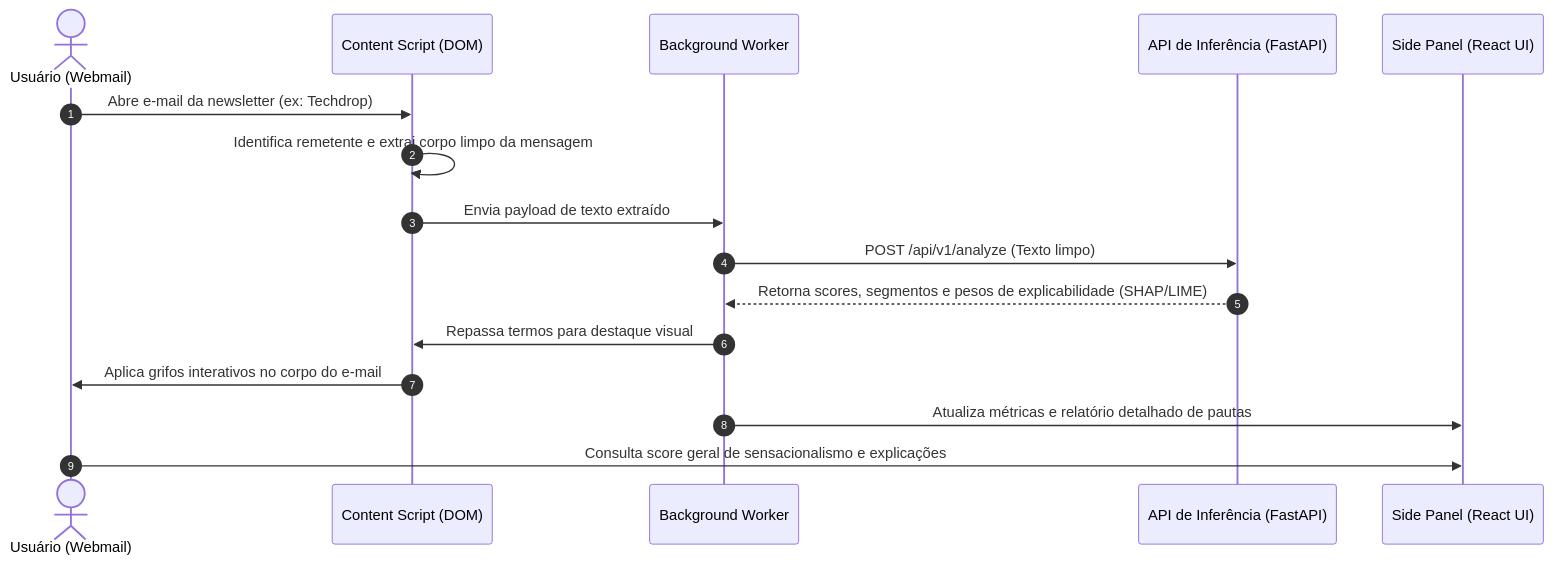
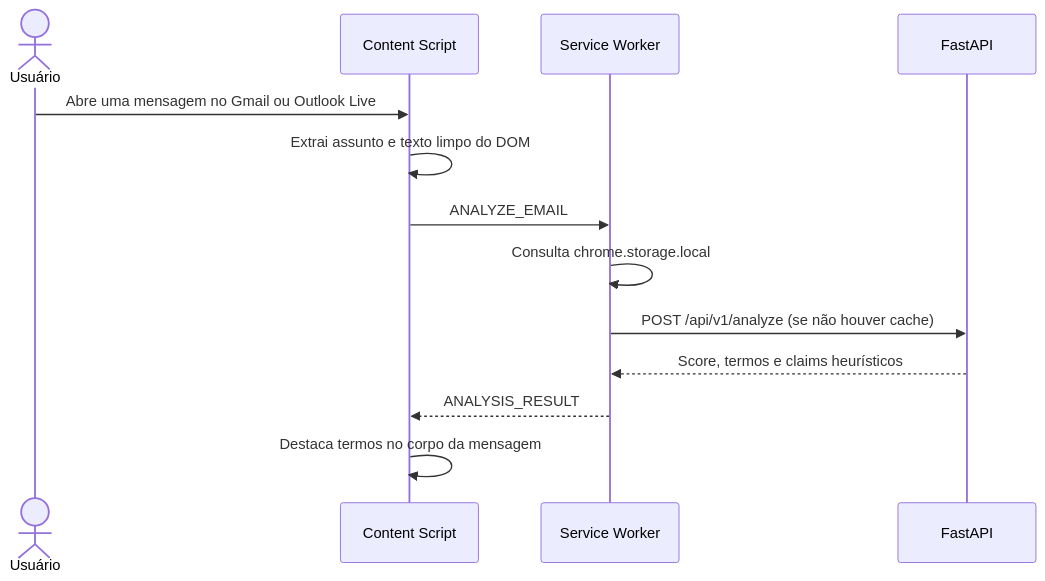
Before and after one commit to unb-Sistemas-de-Machine-learning/challenge_1_inimigos_do_prompt: the diagram in website/src/content/docs/arquitetura.md, drawn with Mermaid. The commit also changed other lines of this file and 8 other files, not shown here.

````diff
--- a/website/src/content/docs/arquitetura.md
+++ b/website/src/content/docs/arquitetura.md
@@ -13,19 +9,16 @@
 ```mermaid
 sequenceDiagram
-    autonumber
-    actor User as Usuário (Webmail)
-    participant CS as Content Script (DOM)
-    participant BG as Background Worker
-    participant API as API de Inferência (FastAPI)
-    participant SP as Side Panel (React UI)
+    actor User as Usuário
+    participant CS as Content Script
+    participant SW as Service Worker
+    participant API as FastAPI
 
-    User->>CS: Abre e-mail da newsletter (ex: Techdrop)
-    CS->>CS: Identifica remetente e extrai corpo limpo da mensagem
-    CS->>BG: Envia payload de texto extraído
-    BG->>API: POST /api/v1/analyze (Texto limpo)
-    API-->>BG: Retorna scores, segmentos e pesos de explicabilidade (SHAP/LIME)
-    BG->>CS: Repassa termos para destaque visual
-    CS->>User: Aplica grifos interativos no corpo do e-mail
-    BG->>SP: Atualiza métricas e relatório detalhado de pautas
-    User->>SP: Consulta score geral de sensacionalismo e explicações
+    User->>CS: Abre uma mensagem no Gmail ou Outlook Live
+    CS->>CS: Extrai assunto e texto limpo do DOM
+    CS->>SW: ANALYZE_EMAIL
+    SW->>SW: Consulta chrome.storage.local
+    SW->>API: POST /api/v1/analyze (se não houver cache)
+    API-->>SW: Score, termos e claims heurísticos
+    SW-->>CS: ANALYSIS_RESULT
+    CS->>CS: Destaca termos no corpo da mensagem
 ```
````
